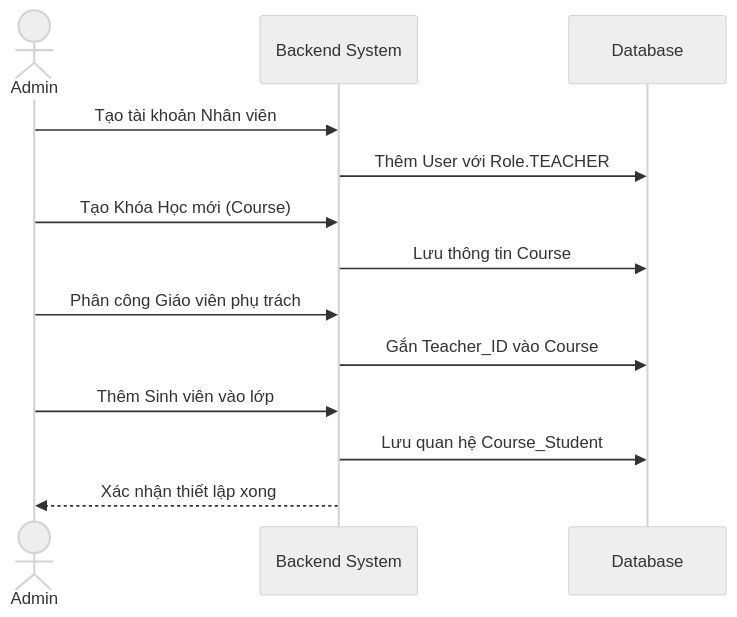
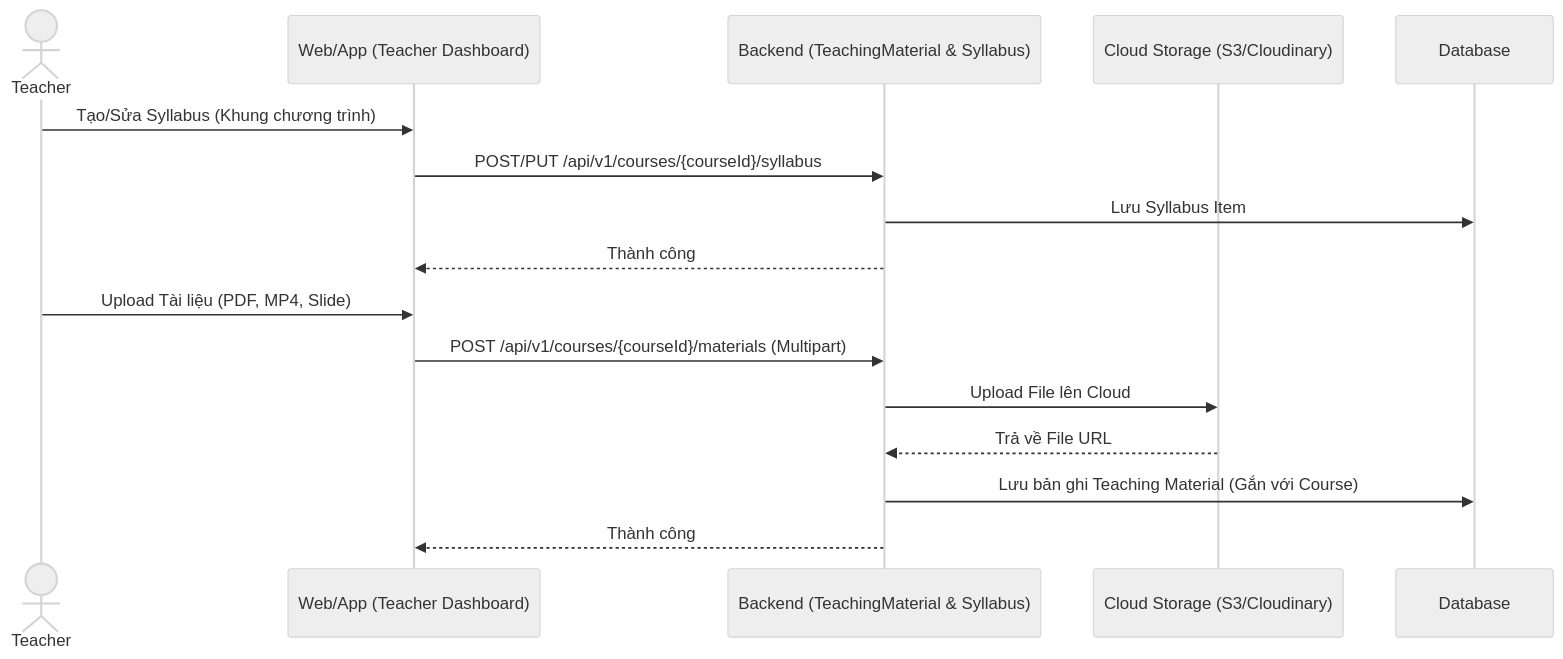
One commit to Son-COC-145/english-ed-backend changed the first of 3 diagrams in docs/module_4/flow.md. Above: the diagram before and after it, drawn with Mermaid (neutral theme). The commit also changed other lines of this file and 2 other files, not shown here.

````diff
--- a/docs/module_4/flow.md
+++ b/docs/module_4/flow.md
@@ -10,21 +10,22 @@
 ```mermaid
 sequenceDiagram
-    actor Admin
-    participant BE as Backend System
+    actor Teacher
+    participant App as Web/App (Teacher Dashboard)
+    participant BE as Backend (TeachingMaterial & Syllabus)
+    participant Cloud as Cloud Storage (S3/Cloudinary)
     participant DB as Database
 
-    %% User Management
-    Admin->>BE: Tạo tài khoản Nhân viên
-    BE->>DB: Thêm User với Role.TEACHER
-    
-    %% Course Management
-    Admin->>BE: Tạo Khóa Học mới (Course)
-    BE->>DB: Lưu thông tin Course
-    
-    Admin->>BE: Phân công Giáo viên phụ trách
-    BE->>DB: Gắn Teacher_ID vào Course
-    
-    Admin->>BE: Thêm Sinh viên vào lớp
-    BE->>DB: Lưu quan hệ Course_Student
-    BE-->>Admin: Xác nhận thiết lập xong
+    %% Quản lý Syllabus
+    Teacher->>App: Tạo/Sửa Syllabus (Khung chương trình)
+    App->>BE: POST/PUT /api/v1/courses/{courseId}/syllabus
+    BE->>DB: Lưu Syllabus Item
+    BE-->>App: Thành công
+
+    %% Tải lên tài liệu
+    Teacher->>App: Upload Tài liệu (PDF, MP4, Slide)
+    App->>BE: POST /api/v1/courses/{courseId}/materials (Multipart)
+    BE->>Cloud: Upload File lên Cloud
+    Cloud-->>BE: Trả về File URL
+    BE->>DB: Lưu bản ghi Teaching Material (Gắn với Course)
+    BE-->>App: Thành công
 ```
````
